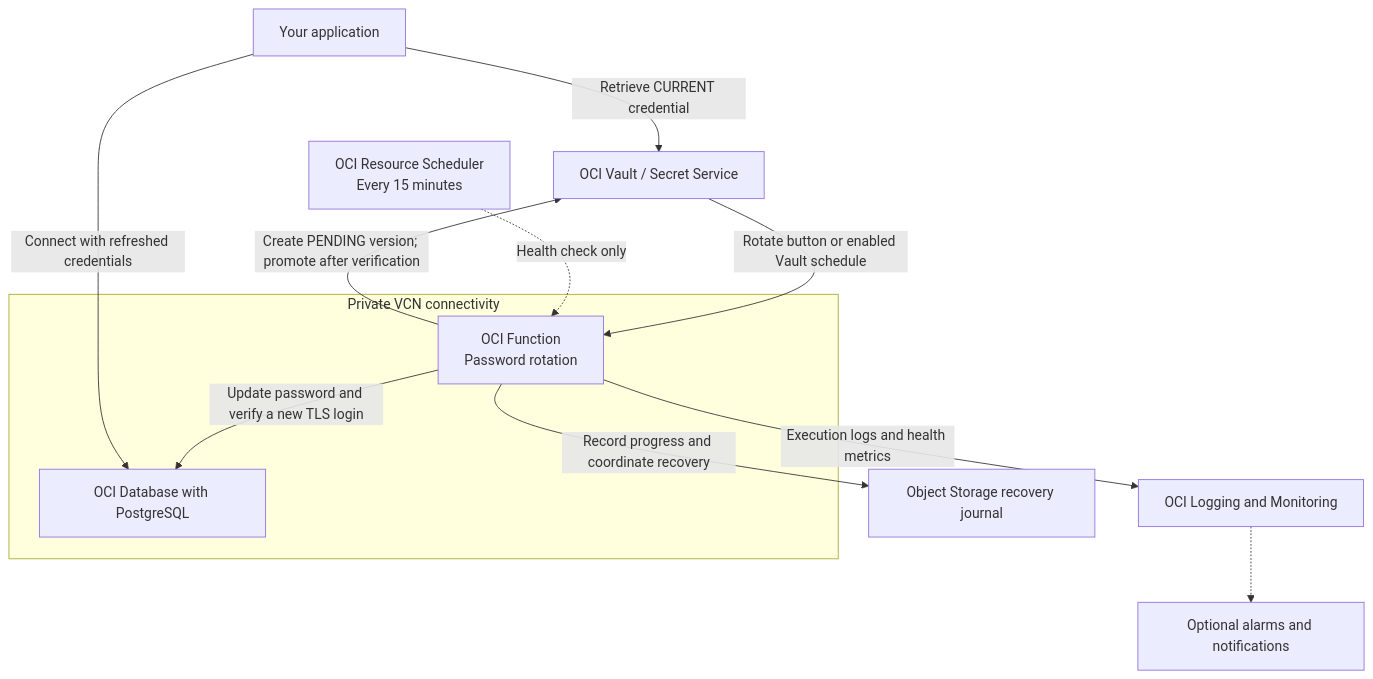
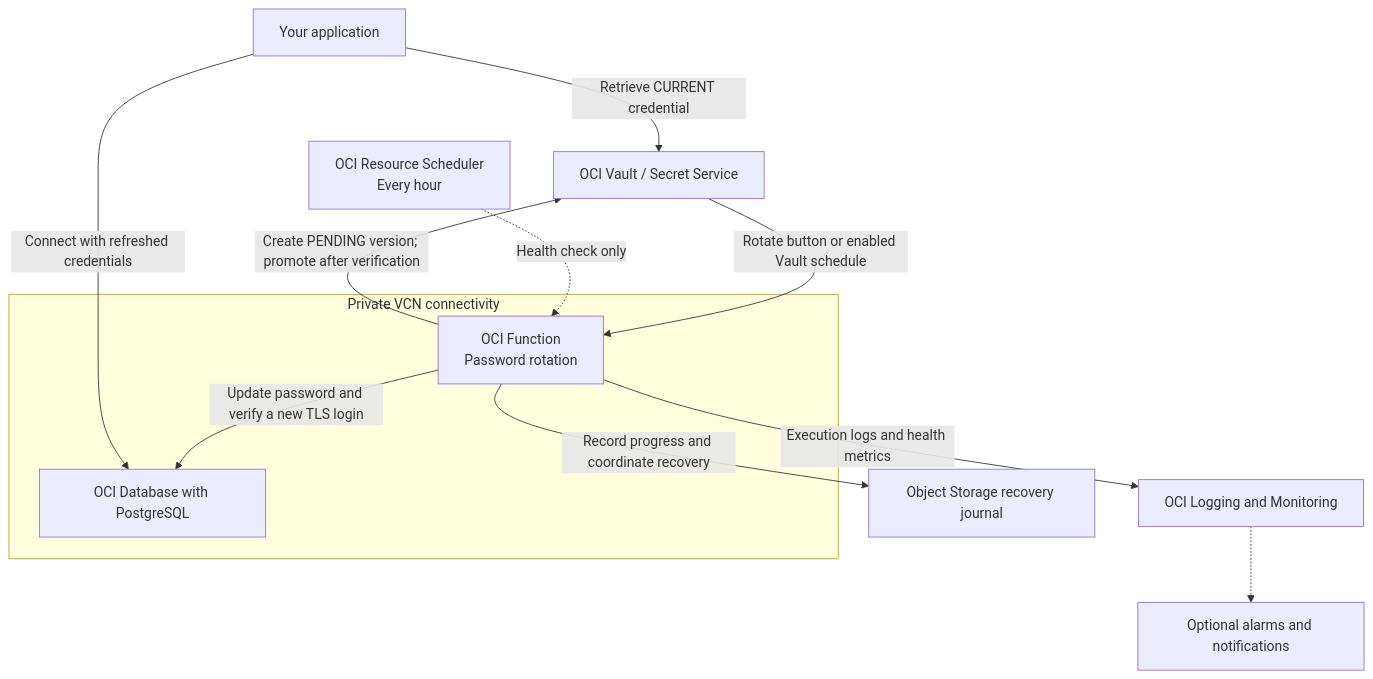
One commit to gururaj0/oci-postgresql-secret-rotation changed the diagram in README.md. Above: the diagram before and after it, drawn with Mermaid. The commit also changed other lines of this file and 14 other files, not shown here.

Commit message:
Validate managed deployment and fix native image architecture and hourly monitoring

````diff
--- a/README.md
+++ b/README.md
@@ -30,24 +30,24 @@
 ```mermaid
 flowchart TD
     Vault["OCI Vault / Secret Service"]
     App["Your application"]
     Journal["Object Storage recovery journal"]
-    Monitor["OCI Resource Scheduler<br/>Every 15 minutes"]
+    Monitor["OCI Resource Scheduler<br/>Every hour"]
     Logs["OCI Logging and Monitoring"]
     Alerts["Optional alarms and notifications"]
 
     subgraph VCN["Private VCN connectivity"]
         Fn["OCI Function<br/>Password rotation"]
         DB["OCI Database with PostgreSQL"]
         Fn -->|"Update password and verify a new TLS login"| DB
     end
 
     Vault -->|"Rotate button or enabled Vault schedule"| Fn
     Fn -->|"Create PENDING version; promote after verification"| Vault
     Fn -->|"Record progress and coordinate recovery"| Journal
     Monitor -.->|"Health check only"| Fn
     Fn -->|"Execution logs and health metrics"| Logs
     Logs -.-> Alerts
     App -->|"Retrieve CURRENT credential"| Vault
     App -->|"Connect with refreshed credentials"| DB
 ```
````
